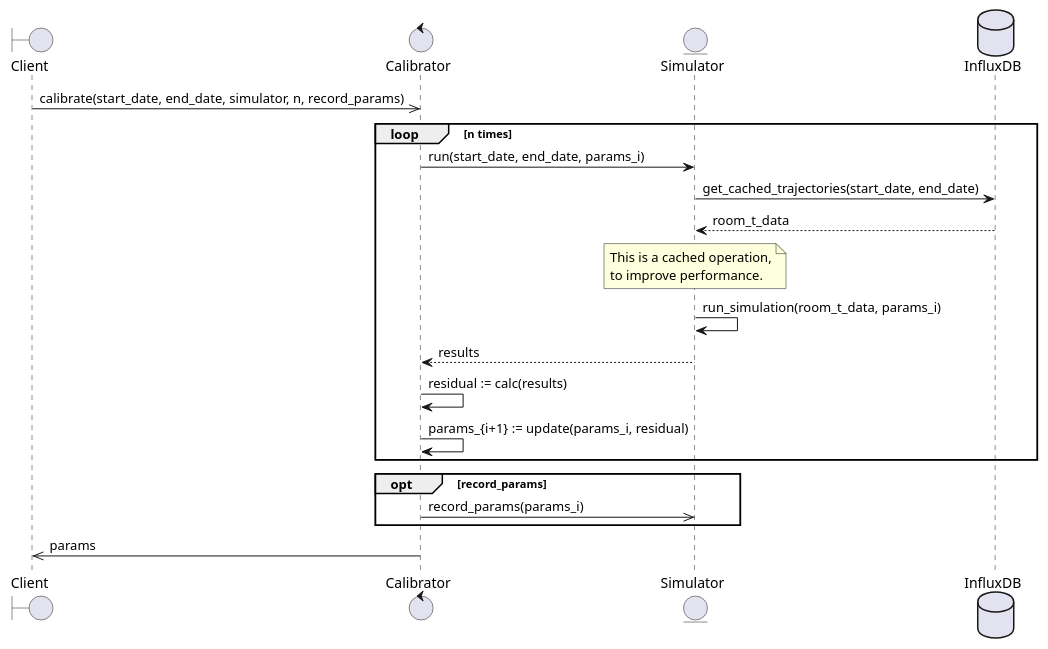
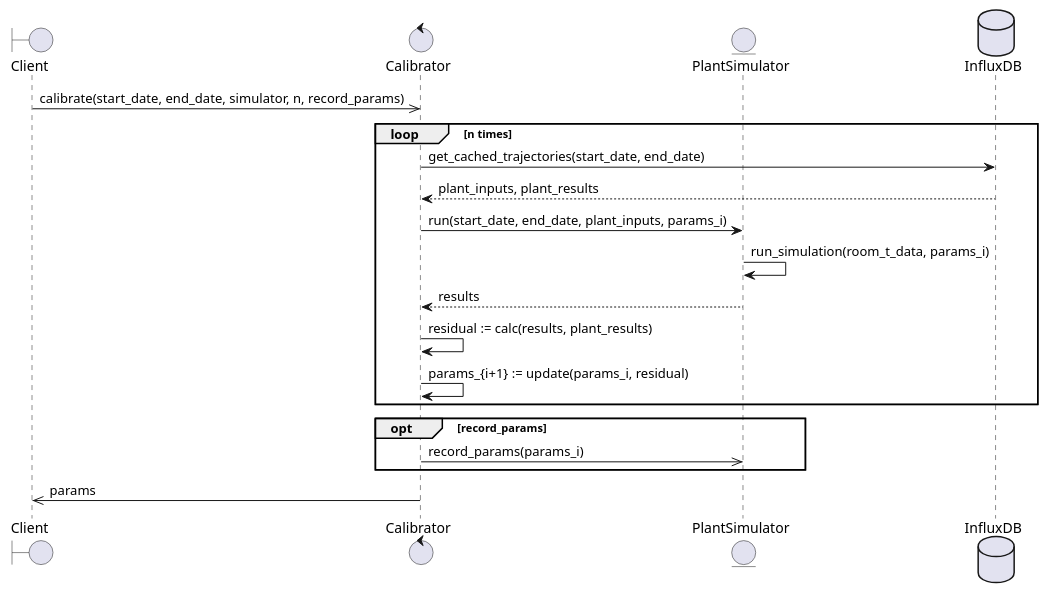
The diagram in software/docs/diagrams/calibration_sequence.puml (INTO-CPS-Association/example_digital-twin_incubator), drawn with PlantUML before and after one commit. The commit also changed 5 other files, not shown here.

```diff
--- a/software/docs/diagrams/calibration_sequence.puml
+++ b/software/docs/diagrams/calibration_sequence.puml
@@ -1,24 +1,20 @@
 @startuml Calibration
 boundary Client as client
 control Calibrator as cal
-entity Simulator as sim
+entity PlantSimulator as sim
 database InfluxDB as db
 client ->> cal: calibrate(start_date, end_date, simulator, n, record_params)
 loop n times
-  cal -> sim: run(start_date, end_date, params_i)
-  sim -> db: get_cached_trajectories(start_date, end_date)
-  return room_t_data
-  note over sim
-    This is a cached operation,
-    to improve performance.
-  end note
+  cal -> db: get_cached_trajectories(start_date, end_date)
+  return plant_inputs, plant_results
+  cal -> sim: run(start_date, end_date, plant_inputs, params_i)
   sim -> sim: run_simulation(room_t_data, params_i)
   sim --> cal: results
-  cal -> cal: residual := calc(results)
+  cal -> cal: residual := calc(results, plant_results)
   cal -> cal: params_{i+1} := update(params_i, residual)
 end
 opt record_params
   cal ->> sim: record_params(params_i)
 end
 cal ->> client: params
 @enduml
```
